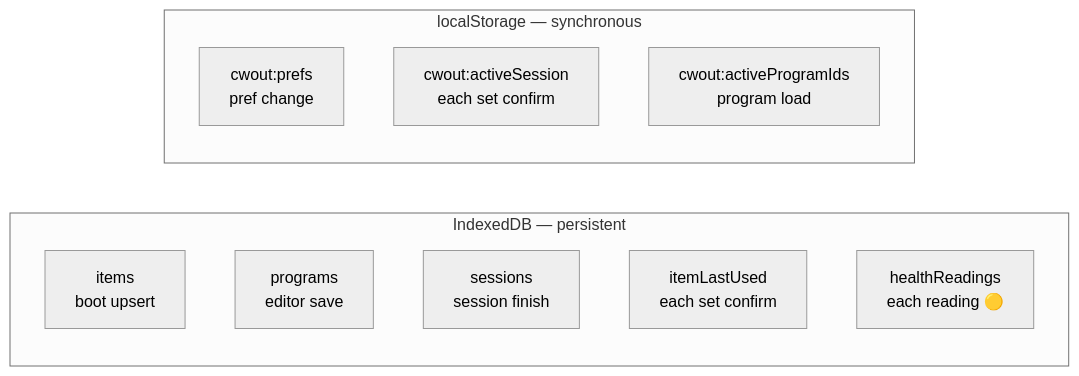
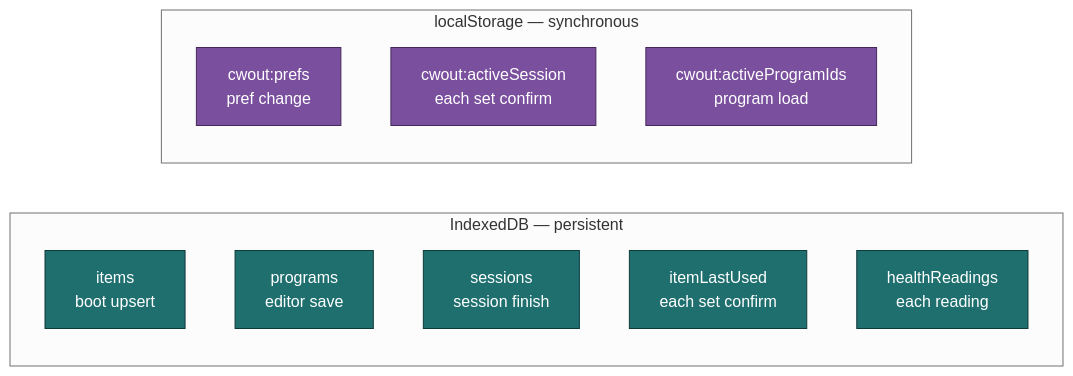
The first of 2 diagrams in docs/architecture/offline-strategy.md (jermbo/CosmicWorkOut), drawn with Mermaid (neutral theme) before and after one commit. The commit also changed other lines of this file and 55 other files, not shown here.

````diff
--- a/docs/architecture/offline-strategy.md
+++ b/docs/architecture/offline-strategy.md
@@ -19,16 +17,21 @@
 ```mermaid
 flowchart LR
     subgraph idb ["IndexedDB — persistent"]
         E[items<br/>boot upsert]
         P[programs<br/>editor save]
         S[sessions<br/>session finish]
         ELU[itemLastUsed<br/>each set confirm]
-        HR[healthReadings<br/>each reading 🟡]
+        HR[healthReadings<br/>each reading]
     end
 
     subgraph ls ["localStorage — synchronous"]
         PREFS[cwout:prefs<br/>pref change]
         ACTIVE[cwout:activeSession<br/>each set confirm]
         PROGID[cwout:activeProgramIds<br/>program load]
     end
+
+    classDef persistent fill:#1f6f6f,stroke:#0f3a3a,color:#ffffff;
+    classDef sync fill:#7a4f9e,stroke:#46295c,color:#ffffff;
+    class E,P,S,ELU,HR persistent;
+    class PREFS,ACTIVE,PROGID sync;
 ```
````
